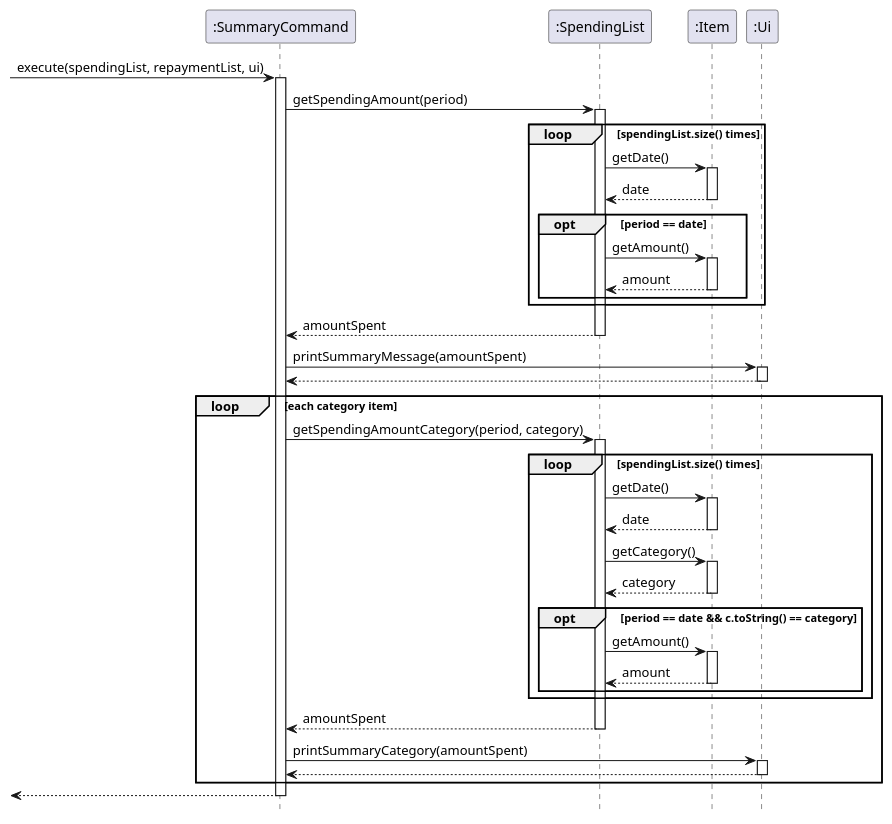
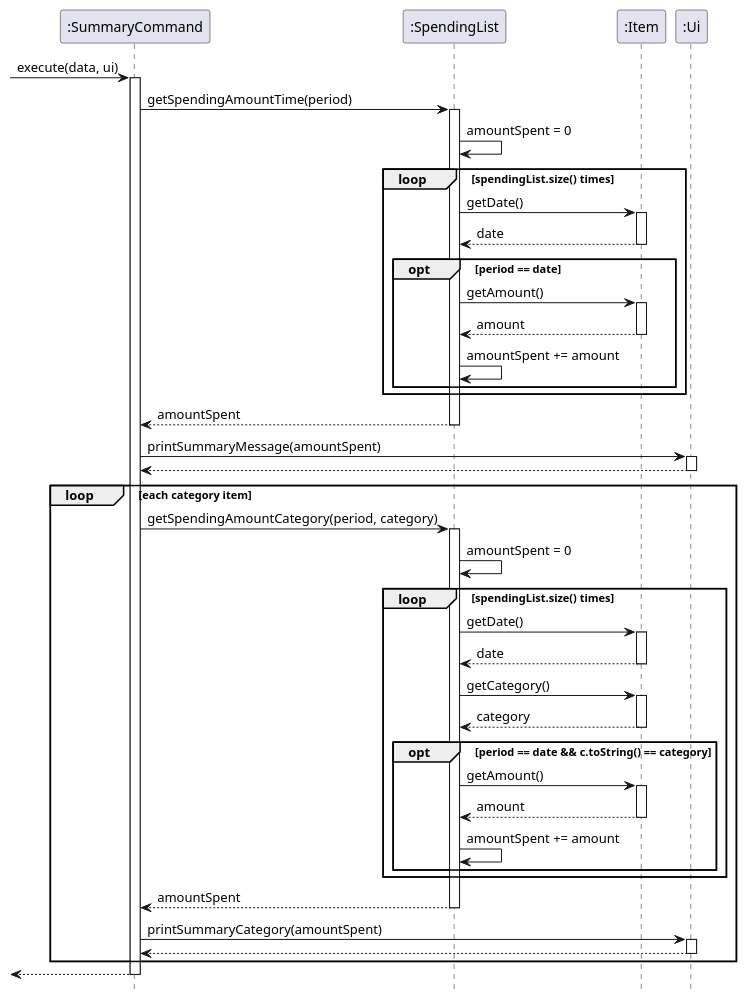
One commit to xieyaoyue/tp changed the diagram in src/uml/sequence diagrams/SummaryCommand.puml. Above: the diagram before and after it, drawn with PlantUML.

Commit message:
fix uml image

```diff
--- a/src/uml/sequence diagrams/SummaryCommand.puml
+++ b/src/uml/sequence diagrams/SummaryCommand.puml
@@ -1,70 +1,77 @@
 @startuml
 hide footbox
 
--> ":SummaryCommand": execute(spendingList, repaymentList, ui)
+
+
+-> ":SummaryCommand": execute(data, ui)
 activate ":SummaryCommand"
 
-":SummaryCommand" -> ":SpendingList": getSpendingAmount(period)
+":SummaryCommand" -> ":SpendingList": getSpendingAmountTime(period)
 activate ":SpendingList"
+
+":SpendingList" -> ":SpendingList" : amountSpent = 0
 
 loop spendingList.size() times
 
 
 ":SpendingList" -> ":Item": getDate()
 activate ":Item"
 ":Item" --> ":SpendingList": date
 deactivate ":Item"
 
 opt period == date
 ":SpendingList" -> ":Item": getAmount()
 activate ":Item"
 ":Item" --> ":SpendingList": amount
 deactivate ":Item"
-
+":SpendingList" -> ":SpendingList" : amountSpent += amount
 end
 
 end
 
 ":SpendingList" --> ":SummaryCommand": amountSpent
 deactivate ":SpendingList"
 ":SummaryCommand" -> ":Ui" : printSummaryMessage(amountSpent)
 activate ":Ui"
 ":Ui" --> ":SummaryCommand"
 deactivate ":Ui"
 
 loop each category item
 ":SummaryCommand" -> ":SpendingList": getSpendingAmountCategory(period, category)
 activate ":SpendingList"
+":SpendingList" -> ":SpendingList" : amountSpent = 0
 
 loop spendingList.size() times
 ":SpendingList" -> ":Item": getDate()
 activate ":Item"
 ":Item" --> ":SpendingList": date
 deactivate ":Item"
 
 ":SpendingList" -> ":Item": getCategory()
 activate ":Item"
 ":Item" --> ":SpendingList": category
 deactivate ":Item"
 
 opt period == date && c.toString() == category
 ":SpendingList" -> ":Item": getAmount()
 activate ":Item"
 ":Item" --> ":SpendingList": amount
 deactivate ":Item"
+":SpendingList" -> ":SpendingList" : amountSpent += amount
 end
 end
-
 
 ":SpendingList" --> ":SummaryCommand": amountSpent
 deactivate ":SpendingList"
 
 ":SummaryCommand" -> ":Ui" : printSummaryCategory(amountSpent)
 activate ":Ui"
 ":Ui" --> ":SummaryCommand"
 deactivate ":Ui"
 end
 
 <-- ":SummaryCommand"
 deactivate ":SummaryCommand"
+
+
 @enduml
```
